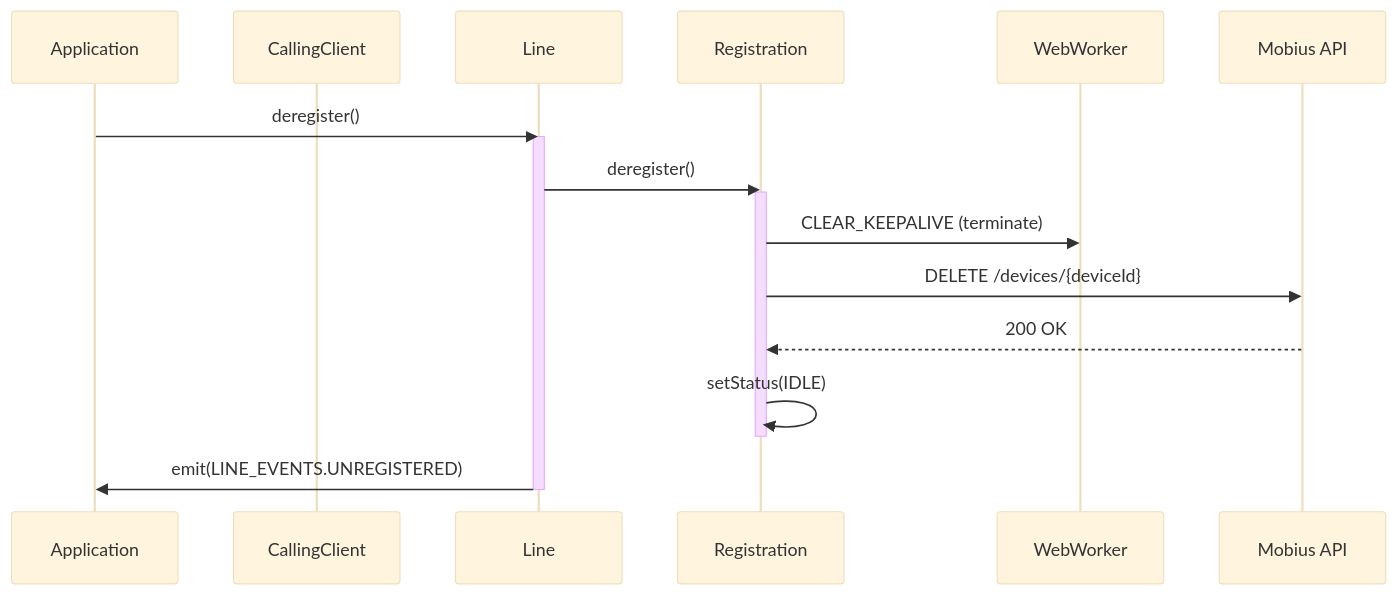
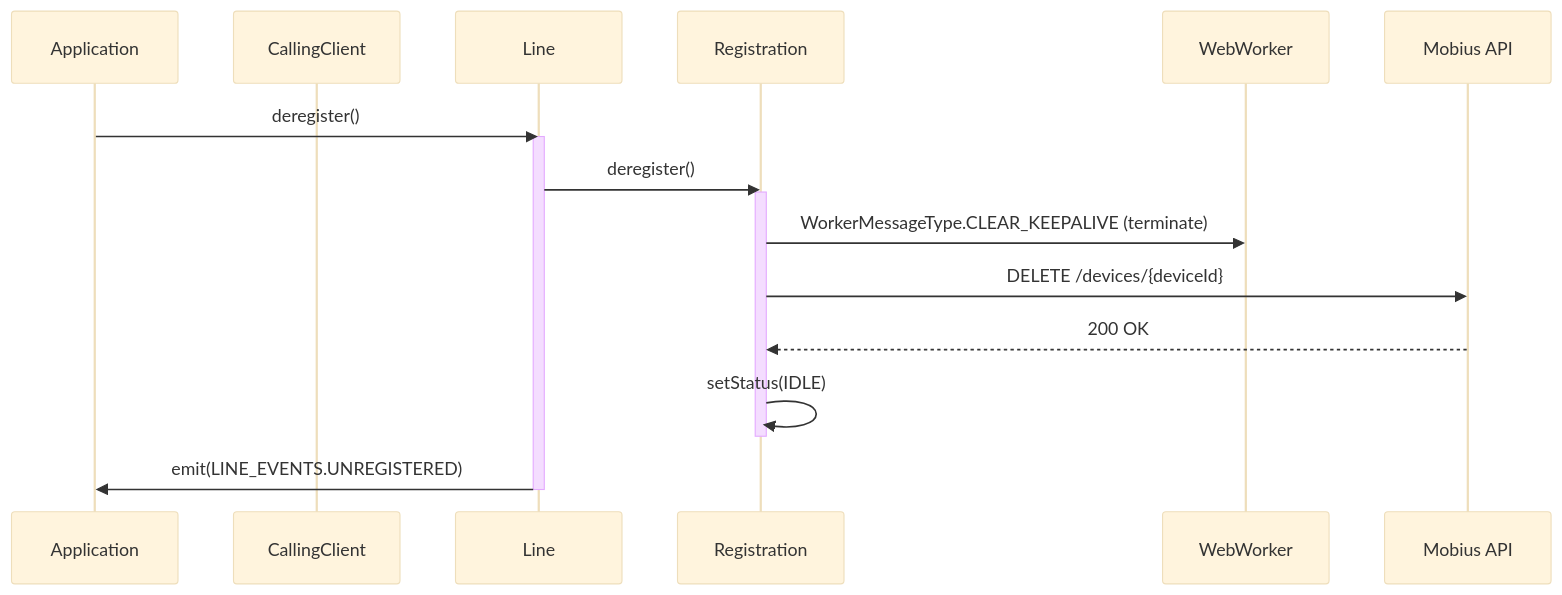
Before and after one commit to webex/webex-js-sdk: the seventh of 7 diagrams in packages/calling/src/CallingClient/ai-docs/ARCHITECTURE.md, drawn with Mermaid (base theme). The commit also changed other lines of this file and 5 other files, not shown here.

````diff
--- a/packages/calling/src/CallingClient/ai-docs/ARCHITECTURE.md
+++ b/packages/calling/src/CallingClient/ai-docs/ARCHITECTURE.md
@@ -340,21 +350,21 @@
 ```mermaid
 sequenceDiagram
     participant App as Application
     participant CC as CallingClient
     participant Line as Line
     participant Reg as Registration
     participant Worker as WebWorker
     participant Mobius as Mobius API
 
     App->>Line: deregister()
     activate Line
     Line->>Reg: deregister()
     activate Reg
-    Reg->>Worker: CLEAR_KEEPALIVE (terminate)
+    Reg->>Worker: WorkerMessageType.CLEAR_KEEPALIVE (terminate)
     Reg->>Mobius: DELETE /devices/{deviceId}
     Mobius-->>Reg: 200 OK
     Reg->>Reg: setStatus(IDLE)
     deactivate Reg
     Line->>App: emit(LINE_EVENTS.UNREGISTERED)
     deactivate Line
 ```
````
